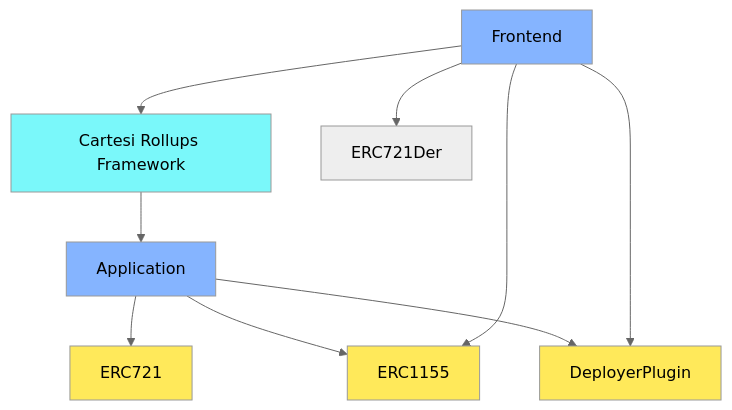
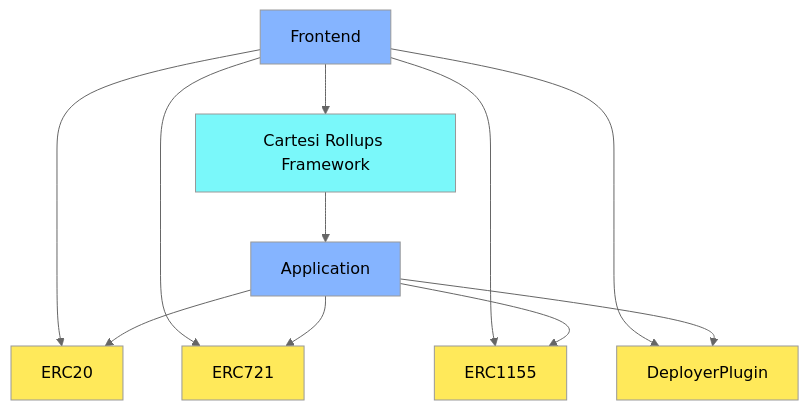
Before and after one commit to henriquemarlon/custom-contracts: the first of 5 diagrams in README.md, drawn with Mermaid (neutral theme).

````diff
--- a/README.md
+++ b/README.md
@@ -12,24 +12,27 @@
 ```mermaid
 graph TD
     classDef core fill:#ffe95a,color:#000
     classDef master fill: #7AF8FA,color:#000
     classDef external fill:#85b4ff,color:#000
 
+    ERC20:::core
     ERC721:::core
     ERC1155:::core
     DeployerPlugin:::core
     Application:::external
     CRF[Cartesi Rollups Framework]:::master
     Frontend:::external
     
     Frontend --> CRF
     CRF --> Application
 
     Frontend --> DeployerPlugin
-    Frontend --> ERC721Der
+    Frontend --> ERC20
+    Frontend --> ERC721
     Frontend --> ERC1155
-    
+
+    Application --> ERC20
     Application --> ERC721
     Application --> ERC1155
     Application --> DeployerPlugin
 ```
````
